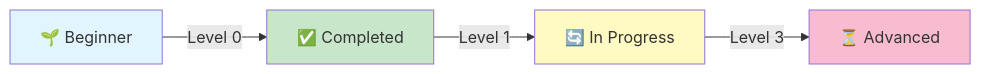
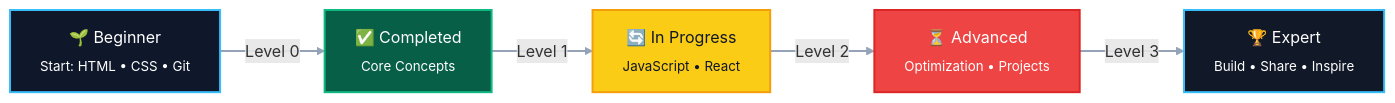
Before and after one commit to said-boutayeb/c-challenges-solved: the diagram in README.md, drawn with Mermaid.

````diff
--- a/README.md
+++ b/README.md
@@ -88,11 +88,20 @@
 ```mermaid
 graph LR
-    A[🌱 Beginner] -->|Level 0| B[✅ Completed]
-    B -->|Level 1| C[🔄 In Progress]
-    C -->|Level 3| D[⏳ Advanced]
-    
-    style A fill:#e1f5ff
-    style B fill:#c8e6c9
-    style C fill:#fff9c4
-    style D fill:#f8bbd0
+    A[🌱 Beginner<br/><sub>Start: HTML • CSS • Git</sub>] -->|Level 0| B[✅ Completed<br/><sub>Core Concepts</sub>]
+    B -->|Level 1| C[🔄 In Progress<br/><sub>JavaScript • React</sub>]
+    C -->|Level 2| D[⏳ Advanced<br/><sub>Optimization • Projects</sub>]
+    D -->|Level 3| E[🏆 Expert<br/><sub>Build • Share • Inspire</sub>]
+
+    %% 🎨 Custom Styling
+    style A fill:#0f172a,stroke:#38bdf8,stroke-width:2px,color:#ffffff
+    style B fill:#065f46,stroke:#10b981,stroke-width:2px,color:#ffffff
+    style C fill:#facc15,stroke:#f59e0b,stroke-width:2px,color:#0f172a
+    style D fill:#ef4444,stroke:#dc2626,stroke-width:2px,color:#ffffff
+    style E fill:#111827,stroke:#38bdf8,stroke-width:2px,color:#ffffff
+
+    %% ✨ Link Styling
+    linkStyle 0 stroke:#94a3b8,stroke-width:2px
+    linkStyle 1 stroke:#94a3b8,stroke-width:2px
+    linkStyle 2 stroke:#94a3b8,stroke-width:2px
+    linkStyle 3 stroke:#94a3b8,stroke-width:2px
 ```
````
